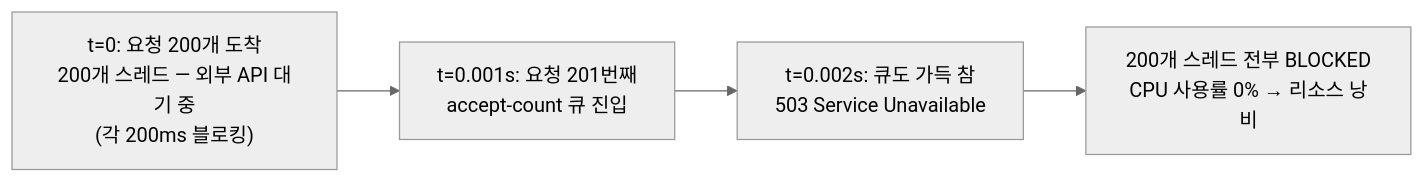
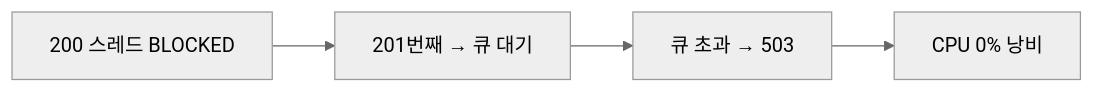
Before and after one commit to yjkim2015/yjkim2015.github.io: the third of 7 diagrams in _posts/server/2026-05-01-tomcat-vs-netty.md, drawn with Mermaid (neutral theme). The commit also changed other lines of this file and 271 other files, not shown here.

First line of the commit message:
Mermaid 라벨 축소: 긴 노드 텍스트 18자 이하로 트림 + \n 제거

````diff
--- a/_posts/server/2026-05-01-tomcat-vs-netty.md
+++ b/_posts/server/2026-05-01-tomcat-vs-netty.md
@@ -72,8 +64,4 @@
 ```mermaid
 graph LR
-    T0["t=0: 요청 200개 도착\n200개 스레드 — 외부 API 대기 중\n(각 200ms 블로킹)"]
-    T1["t=0.001s: 요청 201번째\naccept-count 큐 진입"]
-    T2["t=0.002s: 큐도 가득 참\n503 Service Unavailable"]
-    RESULT["200개 스레드 전부 BLOCKED\nCPU 사용률 0% → 리소스 낭비"]
-    T0 --> T1 --> T2 --> RESULT
+    A["200 스레드 BLOCKED"] --> B["201번째 → 큐 대기"] --> C["큐 초과 → 503"] --> D["CPU 0% 낭비"]
 ```
````
